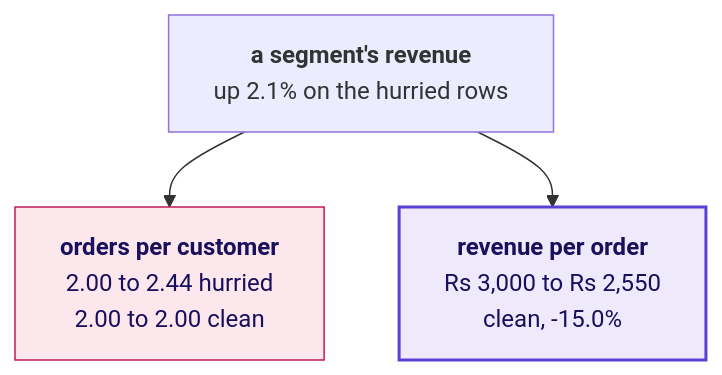
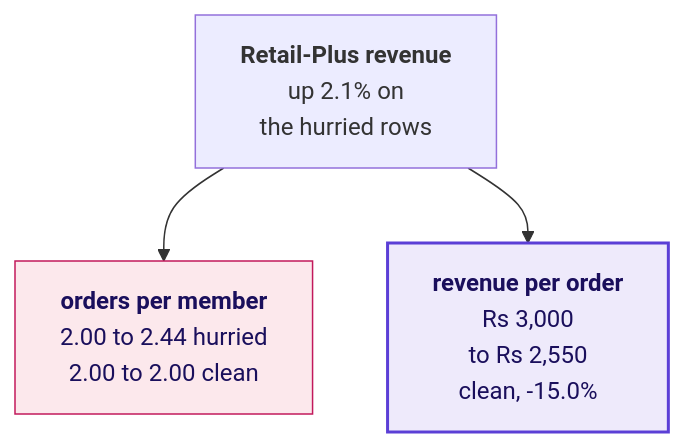
One commit to fde-academy-lab/c2-content-factory changed the fourth of 12 diagrams in content/W01/D5/slides/C2_W01_D05_debrief_STUDENT.md. Above: the diagram before and after it, drawn with Mermaid. The commit also changed other lines of this file and 5 other files, not shown here.

````diff
--- a/content/W01/D5/slides/C2_W01_D05_debrief_STUDENT.md
+++ b/content/W01/D5/slides/C2_W01_D05_debrief_STUDENT.md
@@ -213,9 +323,9 @@
 ```mermaid
 flowchart TB
-    R["<b>a segment's revenue</b><br/>up 2.1% on the hurried rows"] --> F["<b>orders per customer</b><br/>2.00 to 2.44 hurried<br/>2.00 to 2.00 clean"]
-    R --> B["<b>revenue per order</b><br/>Rs 3,000 to Rs 2,550<br/>clean, -15.0%"]
+    R["<b>Retail-Plus revenue</b><br/>up 2.1% on<br/>the hurried rows"] --> F["<b>orders per member</b><br/>2.00 to 2.44 hurried<br/>2.00 to 2.00 clean"]
+    R --> B["<b>revenue per order</b><br/>Rs 3,000<br/>to Rs 2,550<br/>clean, -15.0%"]
     classDef bad fill:#FCE8EC,stroke:#C2185B,color:#1A0F5C
     classDef known fill:#EEEAFB,stroke:#5B3FD6,color:#1A0F5C,stroke-width:2px
     class F bad
     class B known
 ```
````
